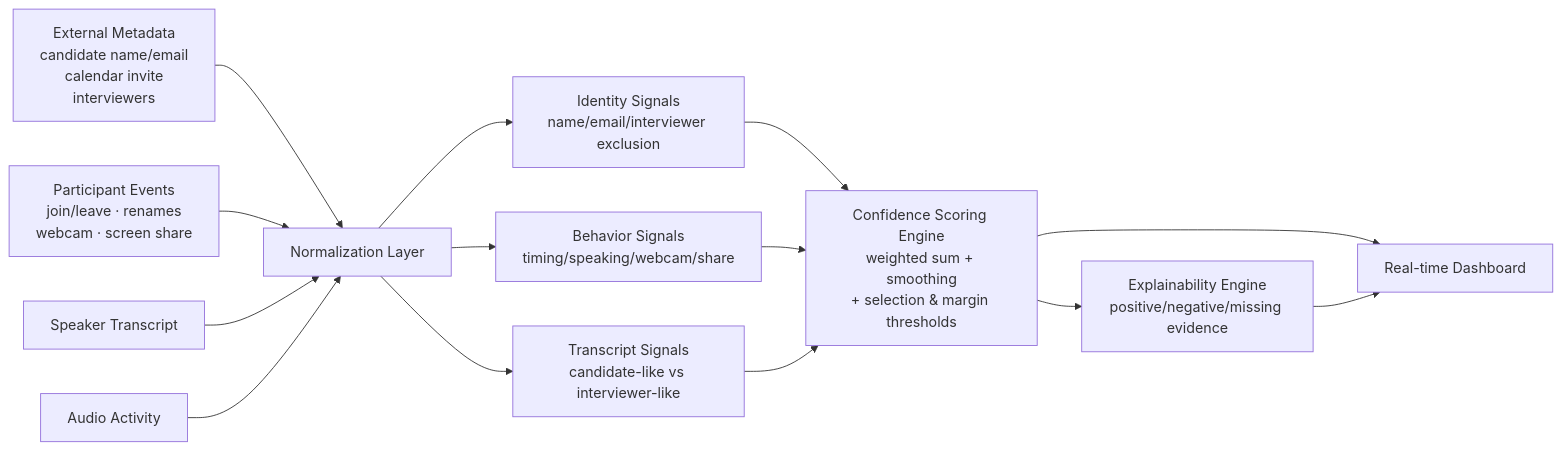
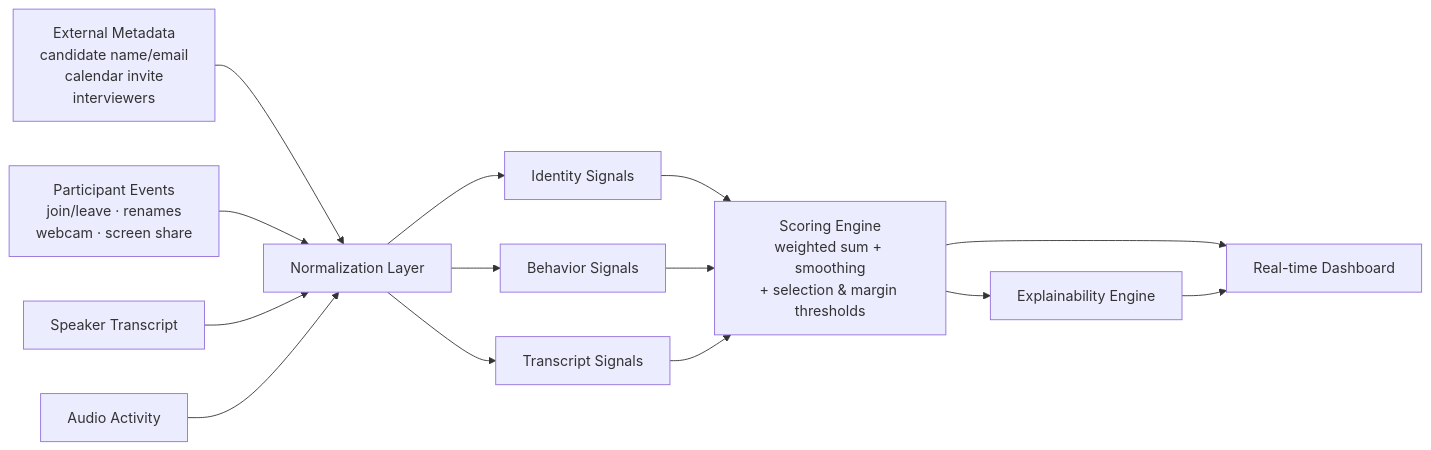
One commit to Jay14090/sherlock-candidate-identifier changed the diagram in README.md. Above: the diagram before and after it, drawn with Mermaid. The commit also changed other lines of this file and 22 other files, not shown here.

````diff
--- a/README.md
+++ b/README.md
@@ -60,19 +100,19 @@
 ```mermaid
 flowchart LR
     A[External Metadata<br/>candidate name/email<br/>calendar invite<br/>interviewers] --> N[Normalization Layer]
     B[Participant Events<br/>join/leave · renames<br/>webcam · screen share] --> N
     C[Speaker Transcript] --> N
     D[Audio Activity] --> N
 
-    N --> S1[Identity Signals<br/>name/email/interviewer exclusion]
-    N --> S2[Behavior Signals<br/>timing/speaking/webcam/share]
-    N --> S3[Transcript Signals<br/>candidate-like vs interviewer-like]
+    N --> S1[Identity Signals]
+    N --> S2[Behavior Signals]
+    N --> S3[Transcript Signals]
 
-    S1 --> R[Confidence Scoring Engine<br/>weighted sum + smoothing<br/>+ selection & margin thresholds]
+    S1 --> R[Scoring Engine<br/>weighted sum + smoothing<br/>+ selection & margin thresholds]
     S2 --> R
     S3 --> R
 
-    R --> X[Explainability Engine<br/>positive/negative/missing evidence]
+    R --> X[Explainability Engine]
     R --> U[Real-time Dashboard]
     X --> U
 ```
````
